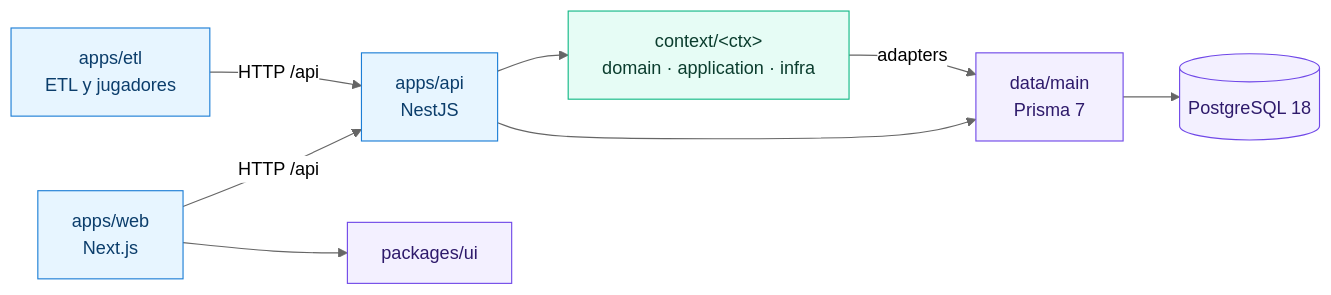
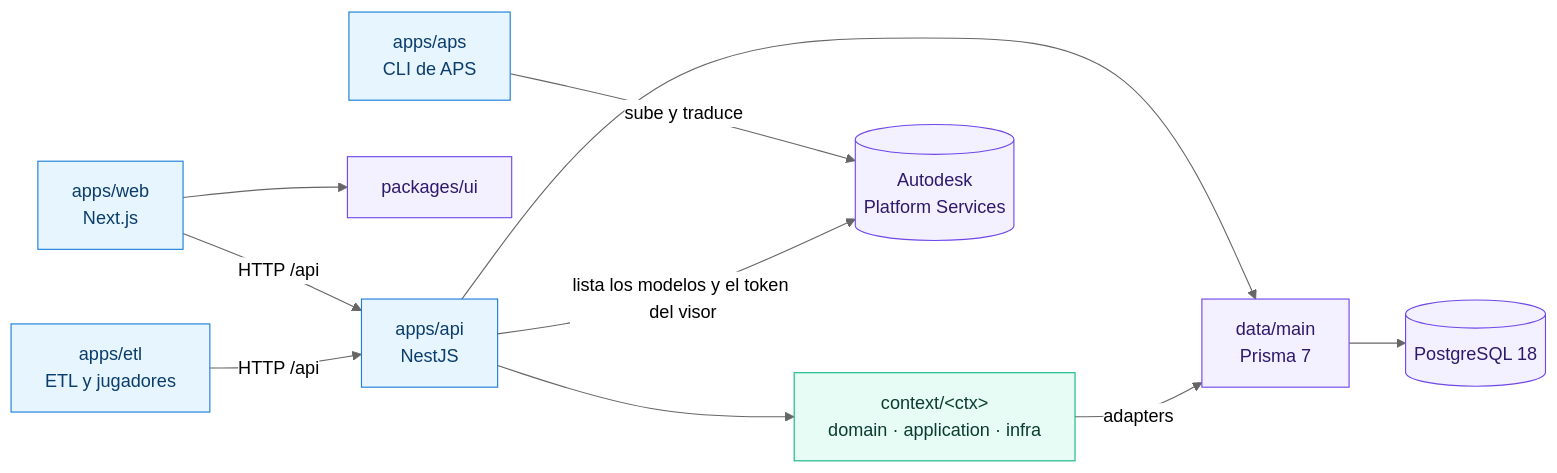
Before and after one commit to platanus-hack/platanus-hack-26-cl-team-27: the first of 2 diagrams in docs/arquitectura.md, drawn with Mermaid (neutral theme). The commit also changed other lines of this file and 42 other files, not shown here.

First line of the commit message:
Saca la CLI de APS de la API y lista los modelos en vivo desde el bucket

````diff
--- a/docs/arquitectura.md
+++ b/docs/arquitectura.md
@@ -19,17 +20,19 @@
 ```mermaid
 flowchart LR
   web["apps/web<br/>Next.js"] -->|HTTP /api| api["apps/api<br/>NestJS"]
   etl["apps/etl<br/>ETL y jugadores"] -->|HTTP /api| api
   web --> ui["packages/ui"]
   api --> ctx["context/&lt;ctx&gt;<br/>domain · application · infra"]
   api --> data["data/main<br/>Prisma 7"]
   ctx -->|adapters| data
   data --> pg[("PostgreSQL 18")]
+  apscli["apps/aps<br/>CLI de APS"] -->|sube y traduce| autodesk[("Autodesk<br/>Platform Services")]
+  api -->|lista los modelos y el token del visor| autodesk
 
   classDef app fill:#E7F5FF,stroke:#1C7ED6,color:#0B3D6B
   classDef domain fill:#E6FCF5,stroke:#12B886,color:#0B3D2E
   classDef shared fill:#F3F0FF,stroke:#7048E8,color:#2E1A6B
-  class web,api,etl app
+  class web,api,etl,apscli app
   class ctx domain
-  class ui,data,pg shared
+  class ui,data,pg,autodesk shared
 ```
````
